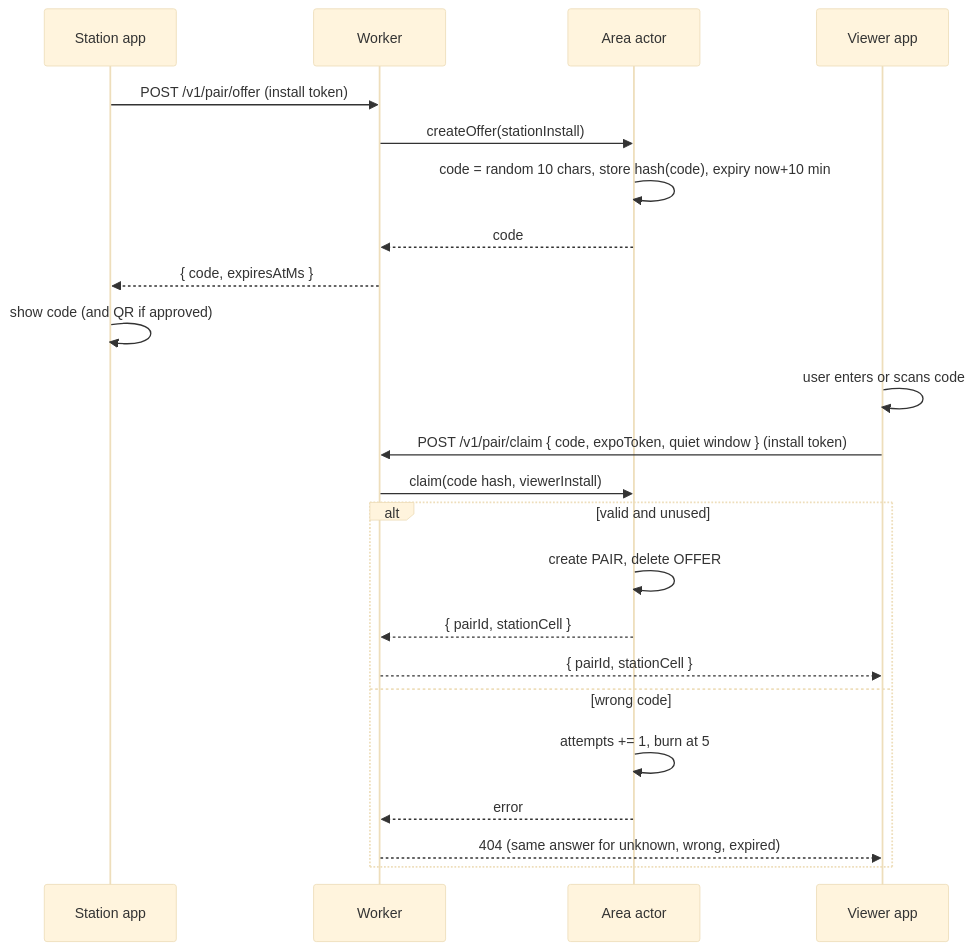
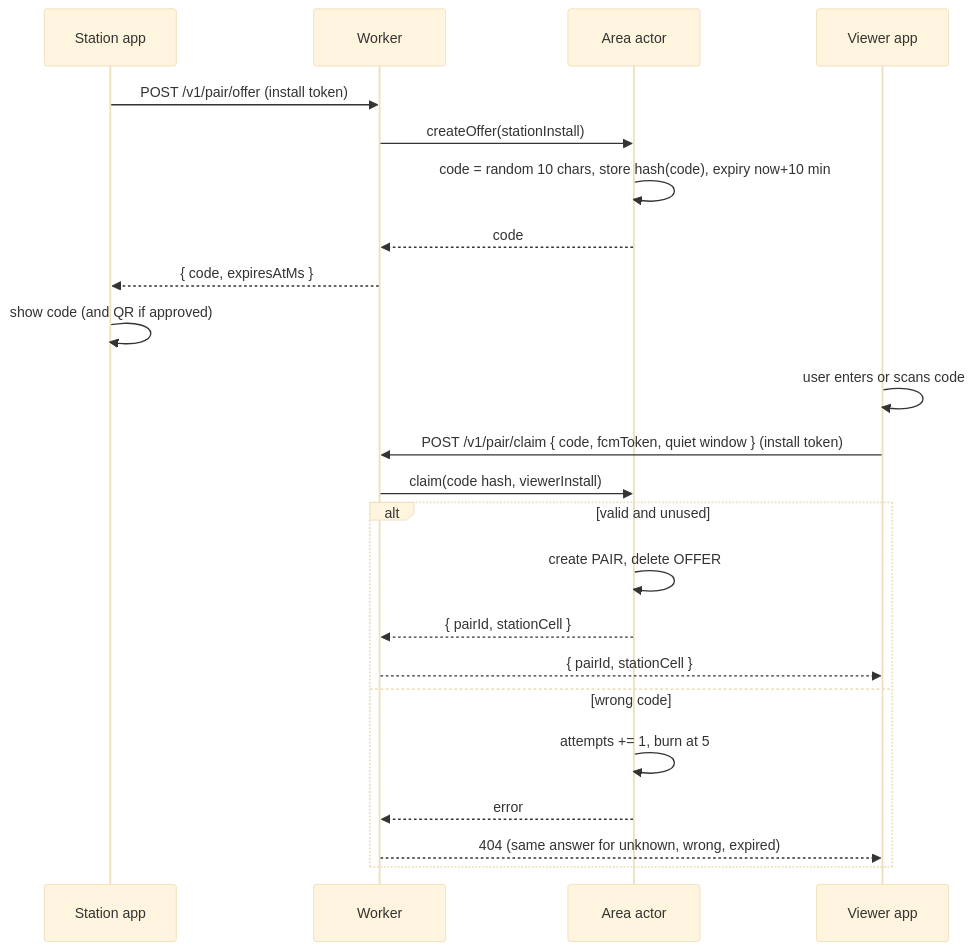
The second of 6 diagrams in .kiro/specs/home-watch/design.md (3akare/outage), drawn with Mermaid (base theme) before and after one commit. The commit also changed other lines of this file and 108 other files, not shown here.

````diff
--- a/.kiro/specs/home-watch/design.md
+++ b/.kiro/specs/home-watch/design.md
@@ -35,25 +35,25 @@
 ```mermaid
 sequenceDiagram
     participant S as Station app
     participant W as Worker
     participant A as Area actor
     participant V as Viewer app
     S->>W: POST /v1/pair/offer (install token)
     W->>A: createOffer(stationInstall)
     A->>A: code = random 10 chars, store hash(code), expiry now+10 min
     A-->>W: code
     W-->>S: { code, expiresAtMs }
     S->>S: show code (and QR if approved)
     V->>V: user enters or scans code
-    V->>W: POST /v1/pair/claim { code, expoToken, quiet window } (install token)
+    V->>W: POST /v1/pair/claim { code, fcmToken, quiet window } (install token)
     W->>A: claim(code hash, viewerInstall)
     alt valid and unused
         A->>A: create PAIR, delete OFFER
         A-->>W: { pairId, stationCell }
         W-->>V: { pairId, stationCell }
     else wrong code
         A->>A: attempts += 1, burn at 5
         A-->>W: error
         W-->>V: 404 (same answer for unknown, wrong, expired)
     end
 ```
````
